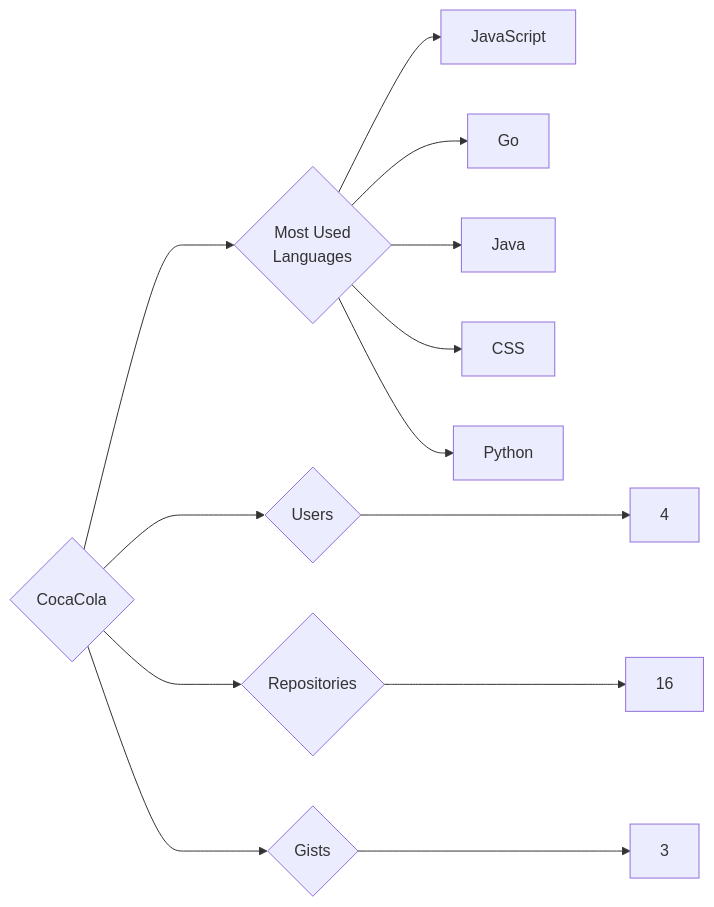
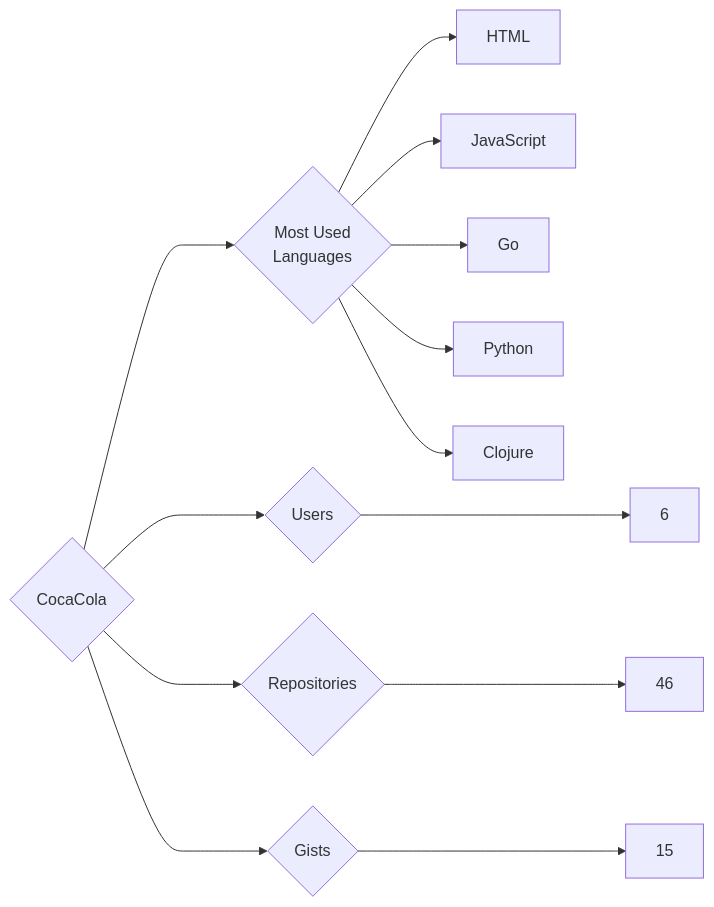
One commit to trickest/insiders changed the diagram in targets/CocaCola/README.md. Above: the diagram before and after it, drawn with Mermaid. The commit also changed 1166 other files, not shown here.

````diff
--- a/targets/CocaCola/README.md
+++ b/targets/CocaCola/README.md
@@ -3,13 +3,13 @@
 ```mermaid
 graph LR
 COMPANY_NAME{CocaCola}
-COMPANY_NAME ---> U{Users} ---> UN[4]
-COMPANY_NAME ---> R{Repositories} ---> RN[16]
-COMPANY_NAME ---> G{Gists} ---> GN[3]
+COMPANY_NAME ---> U{Users} ---> UN[6]
+COMPANY_NAME ---> R{Repositories} ---> RN[46]
+COMPANY_NAME ---> G{Gists} ---> GN[15]
 COMPANY_NAME ---> ML{Most Used<br>Languages}
+ML --> HTML[HTML]
 ML --> JavaScript[JavaScript]
 ML --> Go[Go]
-ML --> Java[Java]
-ML --> CSS[CSS]
 ML --> Python[Python]
+ML --> Clojure[Clojure]
 ```
````
